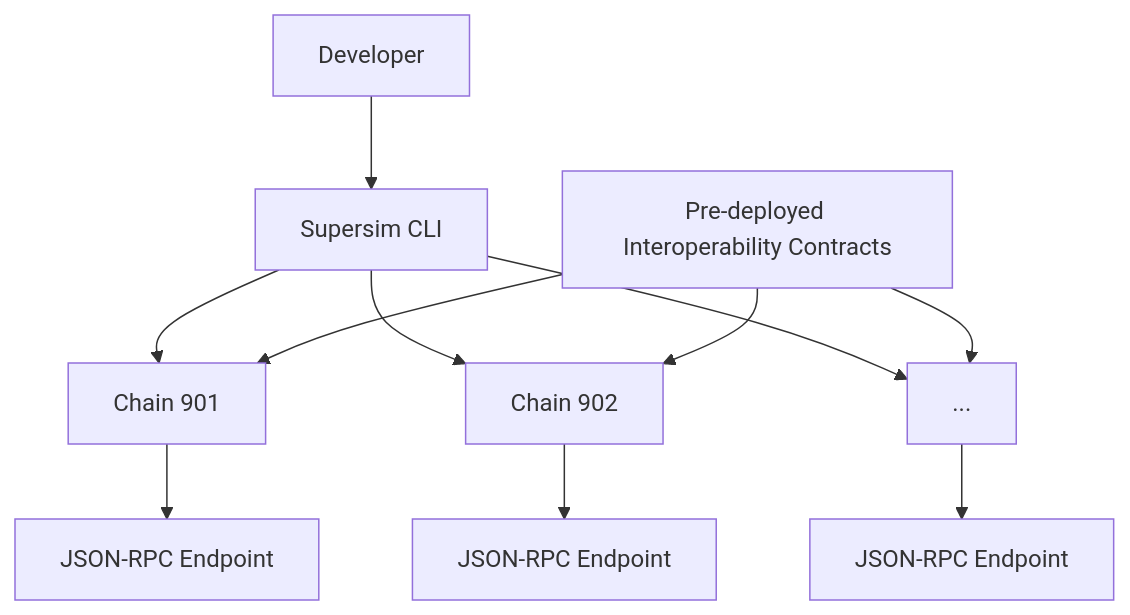
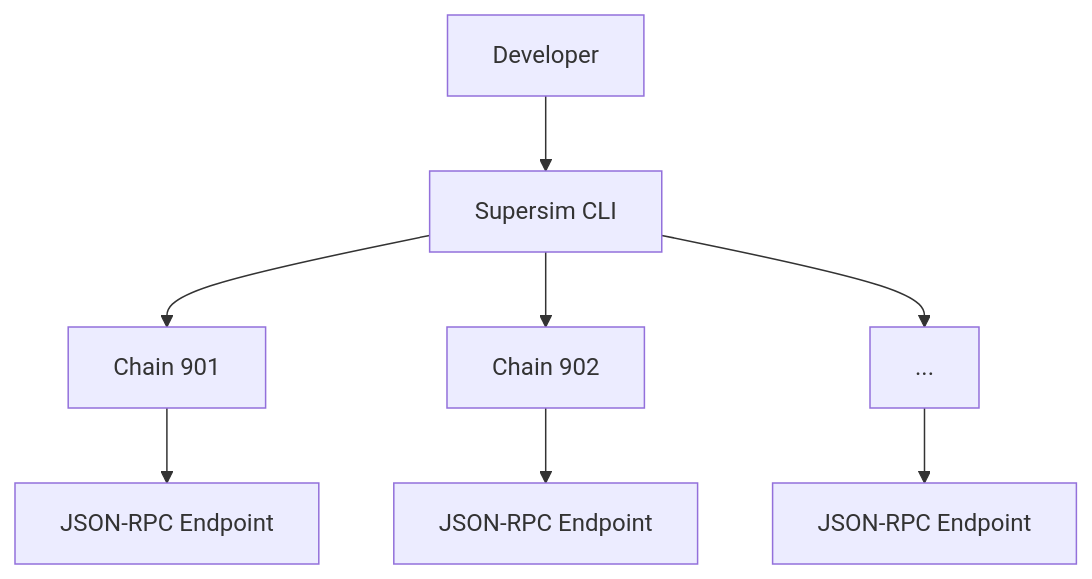
Before and after one commit to ethereum-optimism/docs: the second of 2 diagrams in pages/stack/protocol/interop/supersim.mdx, drawn with Mermaid. The commit also changed 1 other file, not shown here.

Commit message:
address review feedback

````diff
--- a/pages/stack/protocol/interop/supersim.mdx
+++ b/pages/stack/protocol/interop/supersim.mdx
@@ -44,13 +44,10 @@
 ```mermaid
 graph TD
     A[Developer] --> B[Supersim CLI]
     B --> C[Chain 901]
     B --> D[Chain 902]
     B --> E[...]
     C --> F[JSON-RPC Endpoint]
     D --> G[JSON-RPC Endpoint]
     E --> H[JSON-RPC Endpoint]
-    I[Pre-deployed Interoperability Contracts] --> C
-    I --> D
-    I --> E
 ```
````
